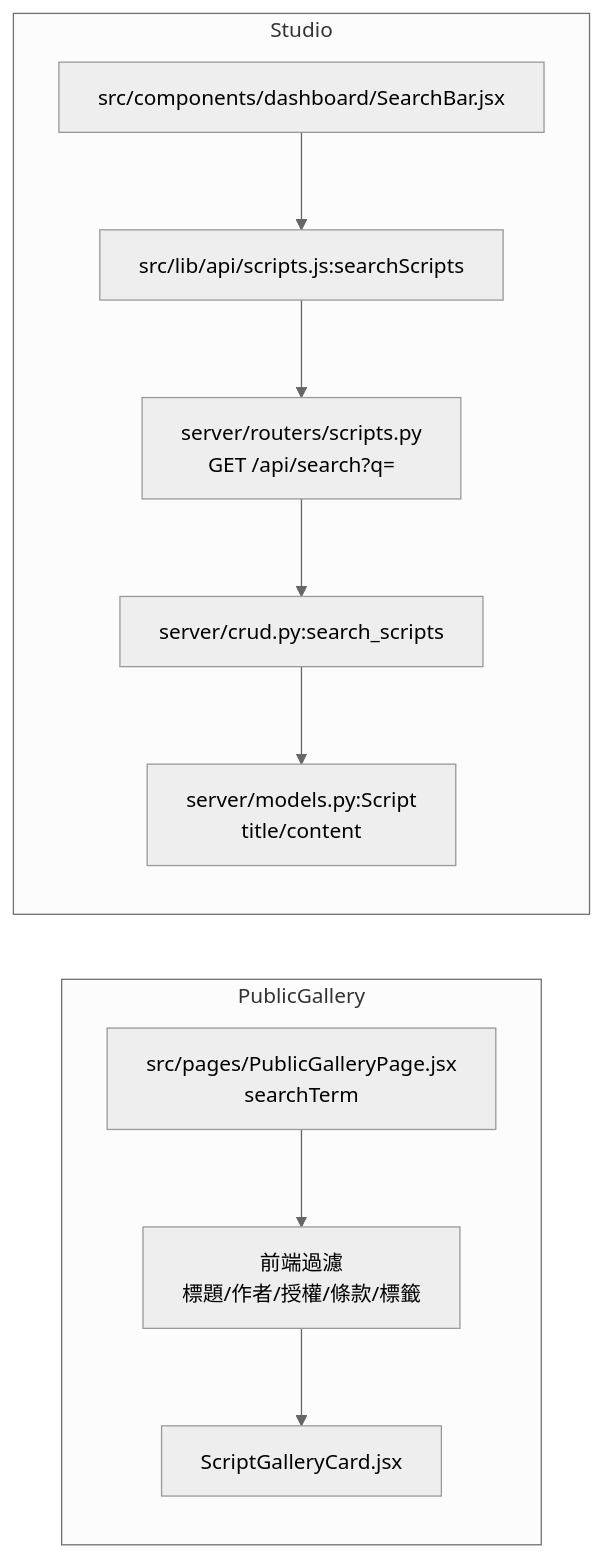
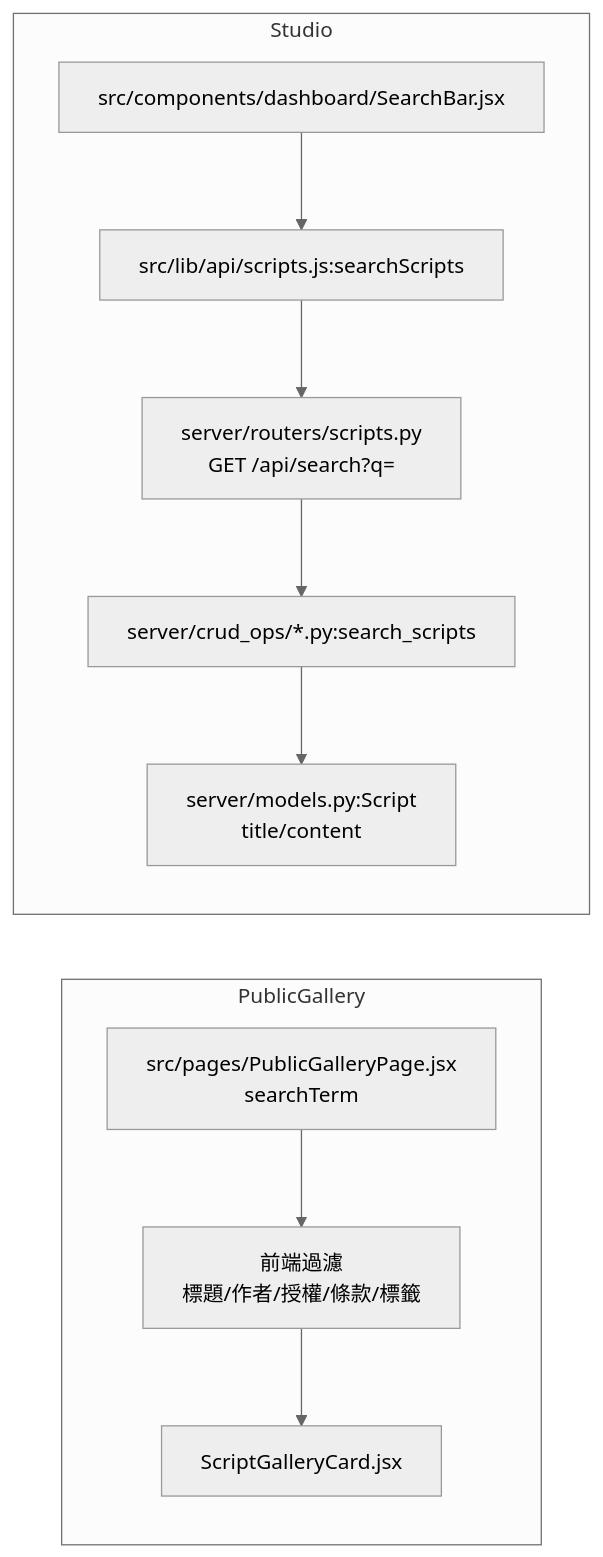
One commit to Shawn-csy/write_project changed the tenth of 15 diagrams in docs/product/data-flows.md. Above: the diagram before and after it, drawn with Mermaid (neutral theme). The commit also changed other lines of this file and 5 other files, not shown here.

Commit message:
Document PostgreSQL-first architecture and update CRUD path references

````diff
--- a/docs/product/data-flows.md
+++ b/docs/product/data-flows.md
@@ -168,13 +168,13 @@
 ```mermaid
 flowchart LR
   subgraph PublicGallery
     A[src/pages/PublicGalleryPage.jsx\nsearchTerm] --> B[前端過濾\n標題/作者/授權/條款/標籤]
     B --> C[ScriptGalleryCard.jsx]
   end
   subgraph Studio
     D[src/components/dashboard/SearchBar.jsx] --> E[src/lib/api/scripts.js:searchScripts]
     E --> F[server/routers/scripts.py\nGET /api/search?q=]
-    F --> G[server/crud.py:search_scripts]
+    F --> G[server/crud_ops/*.py:search_scripts]
     G --> H[server/models.py:Script\ntitle/content]
   end
 ```
````
